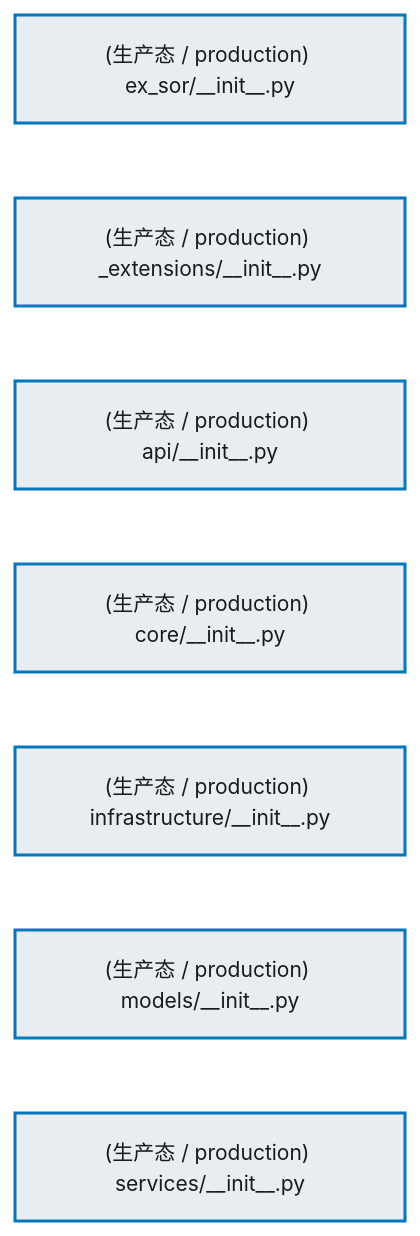
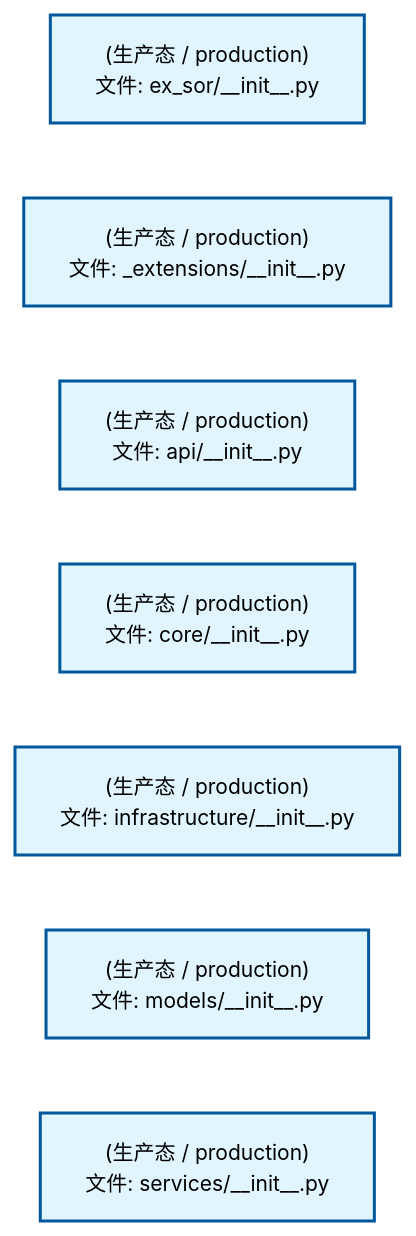
Before and after one commit to xuanFelixVan/ZephyrAlpha: the first of 3 diagrams in docs/02_enterprise_architecture/02_domain_architecture_docs/45_d_ex_sor.md, drawn with Mermaid. The commit also changed other lines of this file and 75 other files, not shown here.

````diff
--- a/docs/02_enterprise_architecture/02_domain_architecture_docs/45_d_ex_sor.md
+++ b/docs/02_enterprise_architecture/02_domain_architecture_docs/45_d_ex_sor.md
@@ -69,22 +69,22 @@
 ```mermaid
 %%{init: {'theme': 'base', 'themeVariables': {'primaryColor': '#eaeaea', 'primaryTextColor': '#333333', 'primaryBorderColor': '#666666', 'lineColor': '#666666', 'secondaryColor': '#eaeaea', 'tertiaryColor': '#eaeaea', 'fontSize': '14px'}}}%%
 flowchart TD
-    src_zephyr_ex_sor_init_py["(生产态 / production) ex_sor/__init__.py"]
-    src_zephyr_ex_sor_extensions_init_py["(生产态 / production) _extensions/__init__.py"]
-    src_zephyr_ex_sor_api_init_py["(生产态 / production) api/__init__.py"]
-    src_zephyr_ex_sor_core_init_py["(生产态 / production) core/__init__.py"]
-    src_zephyr_ex_sor_infrastructure_init_py["(生产态 / production) infrastructure/__init__.py"]
-    src_zephyr_ex_sor_models_init_py["(生产态 / production) models/__init__.py"]
-    src_zephyr_ex_sor_services_init_py["(生产态 / production) services/__init__.py"]
+    src_zephyr_ex_sor_init_py["(生产态 / production)<br/>文件: ex_sor/__init__.py"]
+    src_zephyr_ex_sor_extensions_init_py["(生产态 / production)<br/>文件: _extensions/__init__.py"]
+    src_zephyr_ex_sor_api_init_py["(生产态 / production)<br/>文件: api/__init__.py"]
+    src_zephyr_ex_sor_core_init_py["(生产态 / production)<br/>文件: core/__init__.py"]
+    src_zephyr_ex_sor_infrastructure_init_py["(生产态 / production)<br/>文件: infrastructure/__init__.py"]
+    src_zephyr_ex_sor_models_init_py["(生产态 / production)<br/>文件: models/__init__.py"]
+    src_zephyr_ex_sor_services_init_py["(生产态 / production)<br/>文件: services/__init__.py"]
     src_zephyr_ex_sor_init_py ~~~ src_zephyr_ex_sor_extensions_init_py
     src_zephyr_ex_sor_extensions_init_py ~~~ src_zephyr_ex_sor_api_init_py
     src_zephyr_ex_sor_api_init_py ~~~ src_zephyr_ex_sor_core_init_py
     src_zephyr_ex_sor_core_init_py ~~~ src_zephyr_ex_sor_infrastructure_init_py
     src_zephyr_ex_sor_infrastructure_init_py ~~~ src_zephyr_ex_sor_models_init_py
     src_zephyr_ex_sor_models_init_py ~~~ src_zephyr_ex_sor_services_init_py
-    classDef production fill:#e8edf2,stroke:#0277bd,stroke-width:2px,color:#1a1a1a
-    classDef design fill:#f0ebe3,stroke:#bf360c,stroke-width:2px,color:#1a1a1a,stroke-dasharray: 5 5
-    classDef external_prod fill:#e8efe9,stroke:#1b5e20,stroke-width:1px,color:#1a1a1a
-    classDef external_design fill:#efe5ea,stroke:#880e4f,stroke-width:1px,color:#1a1a1a,stroke-dasharray: 5 5
+    classDef production fill:#e1f5fe,stroke:#01579b,stroke-width:2px,color:#000
+    classDef design fill:#fff3e0,stroke:#e65100,stroke-width:2px,color:#000,stroke-dasharray: 5 5
+    classDef external_prod fill:#e8f4fd,stroke:#0277bd,stroke-width:1px,color:#000
+    classDef external_design fill:#fff8e7,stroke:#ef6c00,stroke-width:1px,color:#000,stroke-dasharray: 5 5
     class src_zephyr_ex_sor_init_py,src_zephyr_ex_sor_extensions_init_py,src_zephyr_ex_sor_api_init_py,src_zephyr_ex_sor_core_init_py,src_zephyr_ex_sor_infrastructure_init_py,src_zephyr_ex_sor_models_init_py,src_zephyr_ex_sor_services_init_py production
 ```
````
